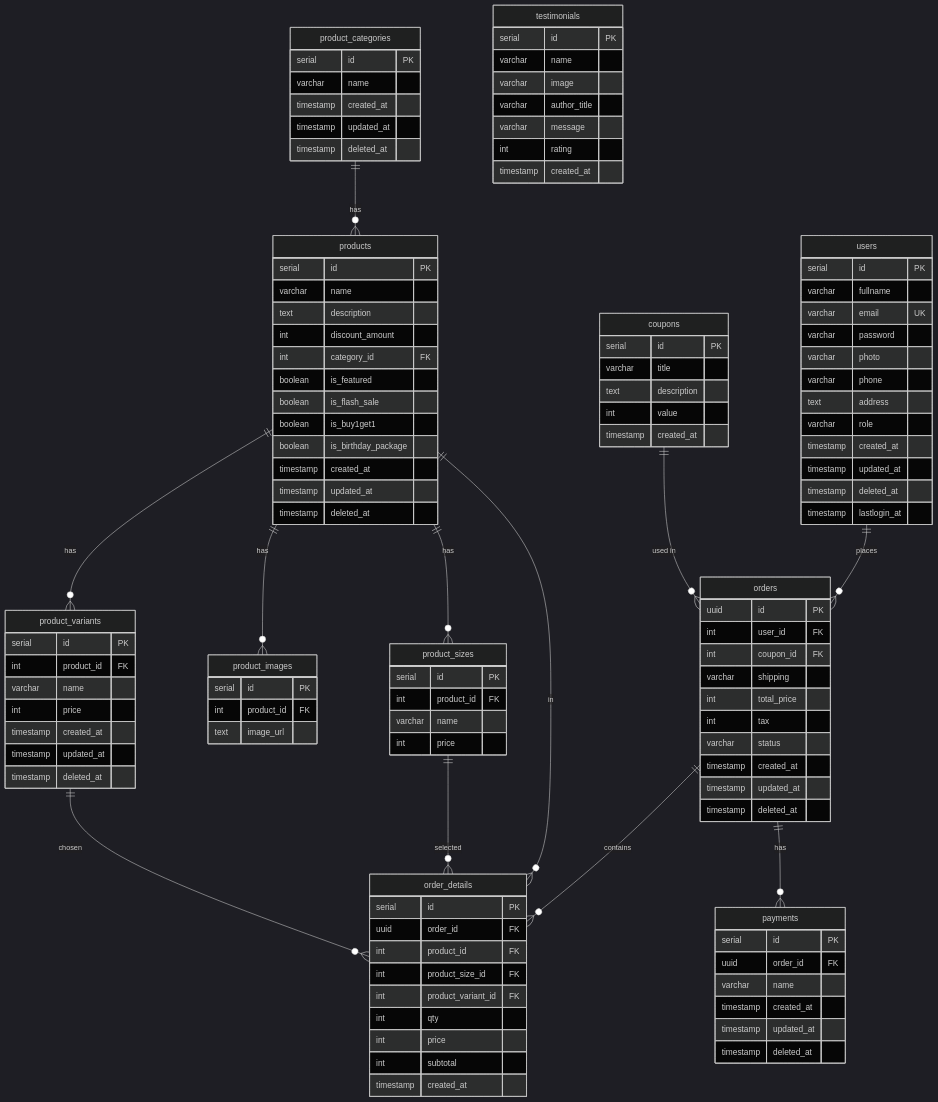
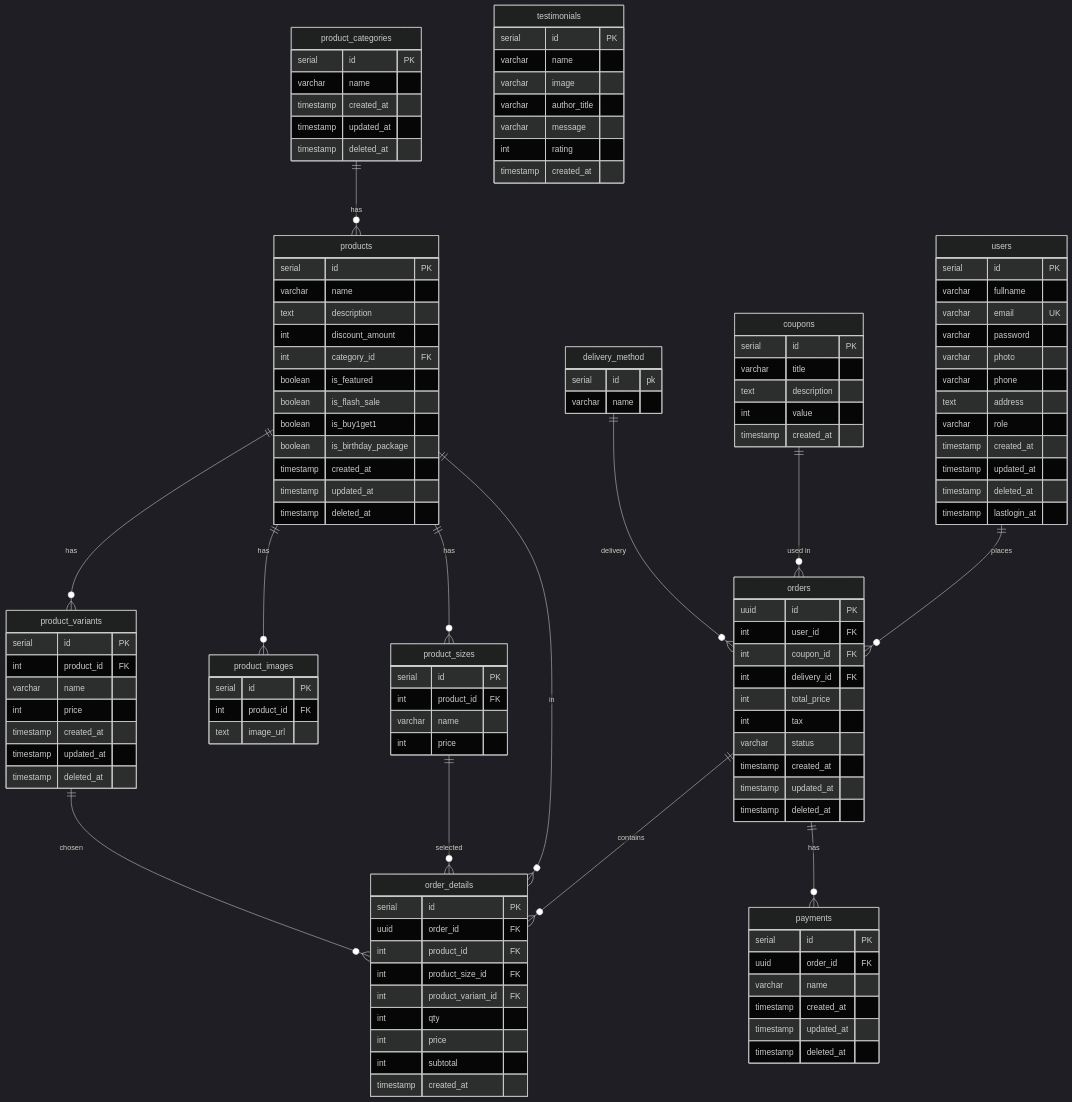
One commit to VirgilIw/koda-b6-db changed the diagram in README.md. Above: the diagram before and after it, drawn with Mermaid (dark theme).

Commit message:
feat: add new table for delivery method

````diff
--- a/README.md
+++ b/README.md
@@ -85,7 +85,7 @@
         uuid id PK
         int user_id FK
         int coupon_id FK
-        varchar shipping
+        int delivery_id FK
         int total_price
         int tax
         varchar status
@@ -115,7 +115,11 @@
         timestamp deleted_at
     }
 
-    %% Relationships
+    delivery_method {
+        serial id pk
+        varchar name
+    }
+
     product_categories ||--o{ products : "has"
     products ||--o{ product_sizes : "has"
     products ||--o{ product_images : "has"
@@ -127,4 +131,5 @@
     products ||--o{ order_details : "in"
     product_sizes ||--o{ order_details : "selected"
     product_variants ||--o{ order_details : "chosen"
+    delivery_method ||--o{ orders : delivery
 ```
````
